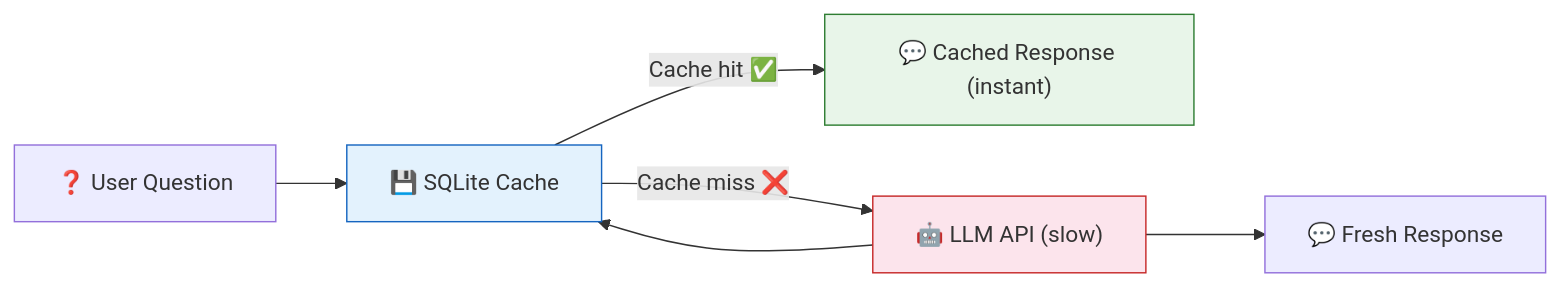
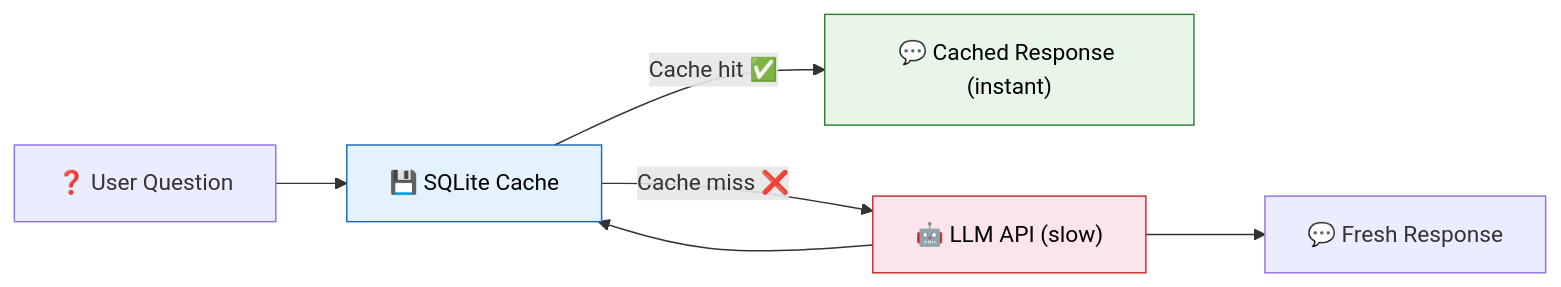
The second of 2 diagrams in 16_caching/README.md (remolaan/Agentic-AI-Cookbook), drawn with Mermaid before and after one commit. The commit also changed other lines of this file and 45 other files, not shown here.

Commit message:
Fix Mermaid diagram text colors for readability across all READMEs

````diff
--- a/16_caching/README.md
+++ b/16_caching/README.md
@@ -76,12 +76,12 @@
 ```mermaid
 flowchart LR
     Q["❓ User Question"] --> C["💾 SQLite Cache"]
     C -->|"Cache hit ✅"| R["💬 Cached Response (instant)"]
     C -->|"Cache miss ❌"| L["🤖 LLM API (slow)"]
     L --> C
     L --> R2["💬 Fresh Response"]
     
-    style C fill:#e3f2fd,stroke:#1565c0
-    style R fill:#e8f5e9,stroke:#2e7d32
-    style L fill:#fce4ec,stroke:#c62828
+    style C fill:#e3f2fd,stroke:#1565c0,color:#000000
+    style R fill:#e8f5e9,stroke:#2e7d32,color:#000000
+    style L fill:#fce4ec,stroke:#c62828,color:#000000
 ```
````
